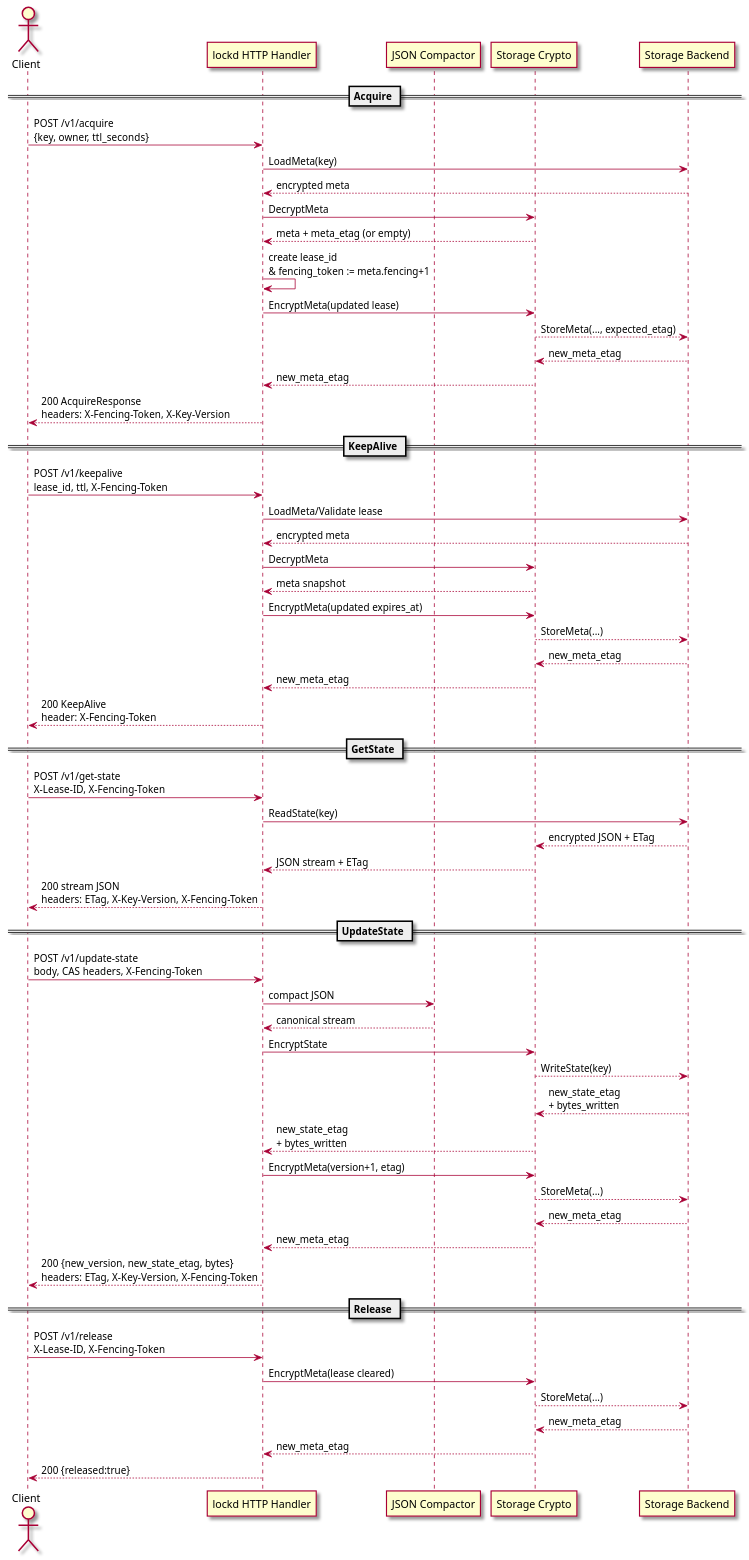
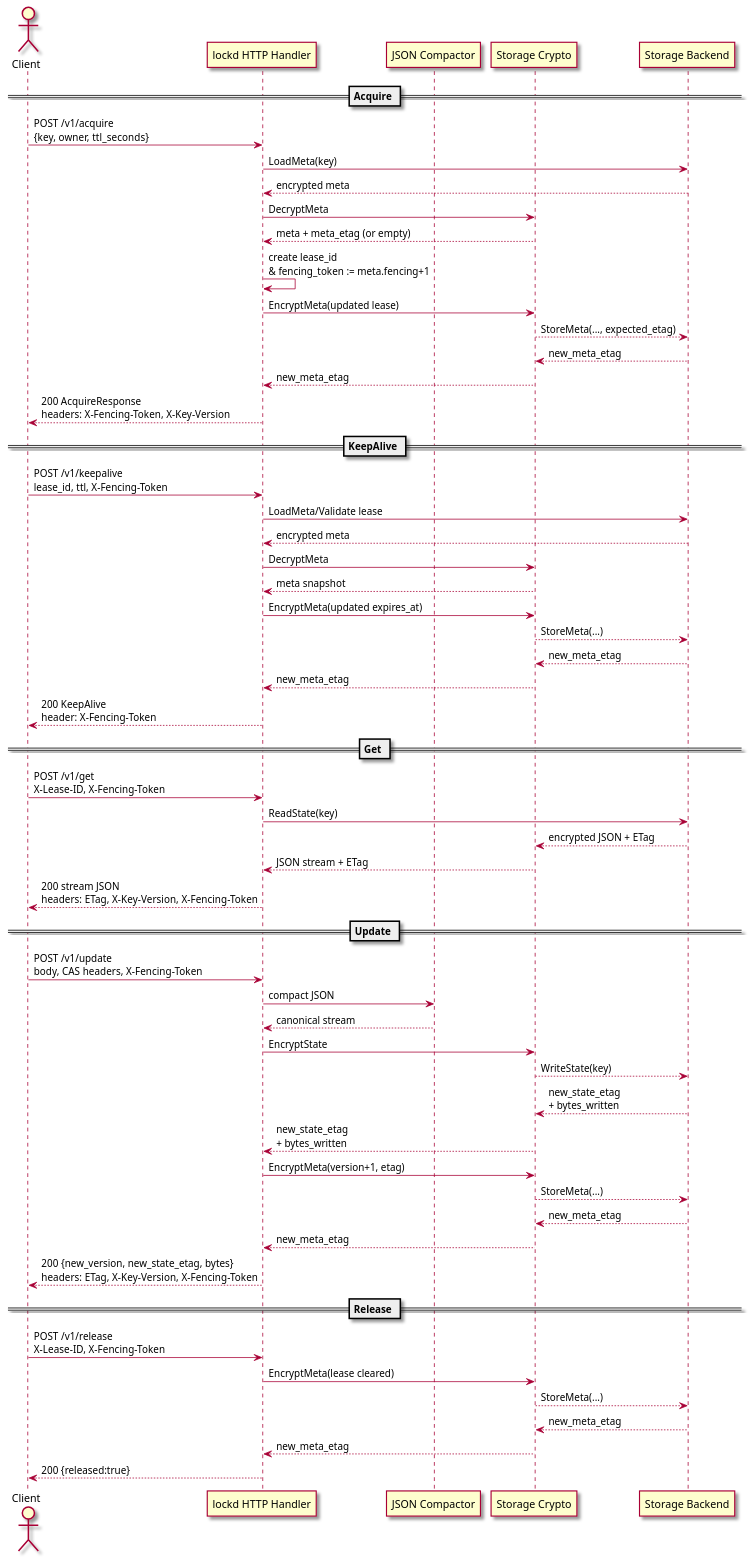
The diagram in docs/diagrams/lockd-overview.puml (sa6mwa/lockd), drawn with PlantUML before and after one commit. The commit also changed 63 other files, not shown here.

```diff
--- a/docs/diagrams/lockd-overview.puml
+++ b/docs/diagrams/lockd-overview.puml
@@ -1,66 +1,66 @@
 @startuml
 ' Lockd lease lifecycle overview with storage simplified
 
 skin rose
 
 actor Client
 participant "lockd HTTP Handler" as Handler
 participant "JSON Compactor" as Compactor
 participant "Storage Crypto" as Crypto
 participant "Storage Backend" as Storage
 
 == Acquire ==
 Client -> Handler: POST /v1/acquire\n{key, owner, ttl_seconds}
 Handler -> Storage: LoadMeta(key)
 Storage --> Handler: encrypted meta
 Handler -> Crypto: DecryptMeta
 Crypto --> Handler: meta + meta_etag (or empty)
 Handler -> Handler: create lease_id\n& fencing_token := meta.fencing+1
 Handler -> Crypto: EncryptMeta(updated lease)
 Crypto --> Storage: StoreMeta(..., expected_etag)
 Storage --> Crypto: new_meta_etag
 Crypto --> Handler: new_meta_etag
 Handler --> Client: 200 AcquireResponse\nheaders: X-Fencing-Token, X-Key-Version
 
 == KeepAlive ==
 Client -> Handler: POST /v1/keepalive\nlease_id, ttl, X-Fencing-Token
 Handler -> Storage: LoadMeta/Validate lease
 Storage --> Handler: encrypted meta
 Handler -> Crypto: DecryptMeta
 Crypto --> Handler: meta snapshot
 Handler -> Crypto: EncryptMeta(updated expires_at)
 Crypto --> Storage: StoreMeta(...)
 Storage --> Crypto: new_meta_etag
 Crypto --> Handler: new_meta_etag
 Handler --> Client: 200 KeepAlive\nheader: X-Fencing-Token
 
-== GetState ==
-Client -> Handler: POST /v1/get-state\nX-Lease-ID, X-Fencing-Token
+== Get ==
+Client -> Handler: POST /v1/get\nX-Lease-ID, X-Fencing-Token
 Handler -> Storage: ReadState(key)
 Storage --> Crypto: encrypted JSON + ETag
 Crypto --> Handler: JSON stream + ETag
 Handler --> Client: 200 stream JSON\nheaders: ETag, X-Key-Version, X-Fencing-Token
 
-== UpdateState ==
-Client -> Handler: POST /v1/update-state\nbody, CAS headers, X-Fencing-Token
+== Update ==
+Client -> Handler: POST /v1/update\nbody, CAS headers, X-Fencing-Token
 Handler -> Compactor: compact JSON
 Compactor --> Handler: canonical stream
 Handler -> Crypto: EncryptState
 Crypto --> Storage: WriteState(key)
 Storage --> Crypto: new_state_etag\n+ bytes_written
 Crypto --> Handler: new_state_etag\n+ bytes_written
 Handler -> Crypto: EncryptMeta(version+1, etag)
 Crypto --> Storage: StoreMeta(...)
 Storage --> Crypto: new_meta_etag
 Crypto --> Handler: new_meta_etag
 Handler --> Client: 200 {new_version, new_state_etag, bytes}\nheaders: ETag, X-Key-Version, X-Fencing-Token
 
 == Release ==
 Client -> Handler: POST /v1/release\nX-Lease-ID, X-Fencing-Token
 Handler -> Crypto: EncryptMeta(lease cleared)
 Crypto --> Storage: StoreMeta(...)
 Storage --> Crypto: new_meta_etag
 Crypto --> Handler: new_meta_etag
 Handler --> Client: 200 {released:true}
 
 @enduml
```
